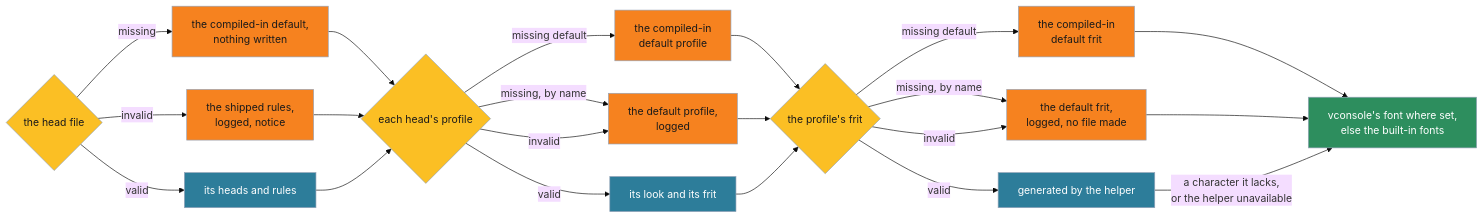
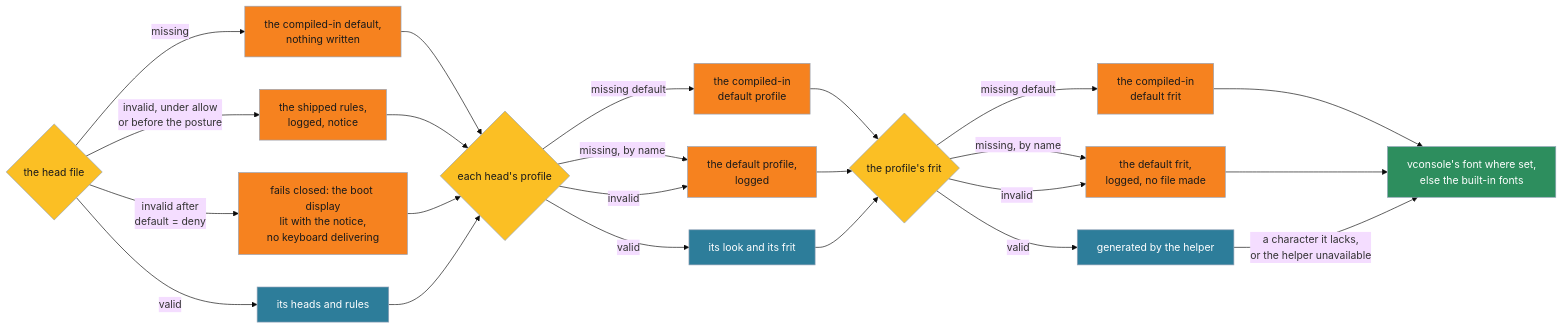
The third of 5 diagrams in docs/architecture/platform/ADR-1401-heads-a-terminal-per-physical-display-placed-by-a-first-match-ruleset.md (vtium/vtium), drawn with Mermaid (base theme) before and after one commit. The commit also changed other lines of this file and 1 other file, not shown here.

````diff
--- a/docs/architecture/platform/ADR-1401-heads-a-terminal-per-physical-display-placed-by-a-first-match-ruleset.md
+++ b/docs/architecture/platform/ADR-1401-heads-a-terminal-per-physical-display-placed-by-a-first-match-ruleset.md
@@ -497,31 +539,33 @@
 ```mermaid
 flowchart LR
     HF{"the head file"} -->|"missing"| HFI["the compiled-in default,<br>nothing written"]
-    HF -->|"invalid"| HFS["the shipped rules,<br>logged, notice"]
+    HF -->|"invalid, under allow<br>or before the posture"| HFS["the shipped rules,<br>logged, notice"]
+    HF -->|"invalid after<br>default = deny"| HFC["fails closed: the boot display<br>lit with the notice,<br>no keyboard delivering"]
     HF -->|"valid"| HFV["its heads and rules"]
     HFI --> PR
     HFS --> PR
+    HFC --> PR
     HFV --> PR{"each head's profile"}
     PR -->|"missing default"| PRI["the compiled-in<br>default profile"]
     PR -->|"missing, by name"| PRD["the default profile,<br>logged"]
     PR -->|"invalid"| PRD
     PR -->|"valid"| PRV["its look and its frit"]
     PRI --> FR
     PRD --> FR
     PRV --> FR{"the profile's frit"}
     FR -->|"missing default"| FRI["the compiled-in<br>default frit"]
     FR -->|"missing, by name"| FRD["the default frit,<br>logged, no file made"]
     FR -->|"invalid"| FRD
     FR -->|"valid"| FRV["generated by the helper"]
     FRI --> BI
     FRD --> BI["vconsole's font where set,<br>else the built-in fonts"]
     FRV -->|"a character it lacks,<br>or the helper unavailable"| BI
     classDef check fill:#fbbf24,color:#1a1a1a,stroke:#94a3b8
     classDef step fill:#2d7d9a,color:#ffffff,stroke:#94a3b8
     classDef fall fill:#f6821f,color:#1a1a1a,stroke:#94a3b8
     classDef done fill:#2d8e5e,color:#ffffff,stroke:#94a3b8
     class HF,PR,FR check
     class HFV,PRV,FRV step
-    class HFI,HFS,PRI,PRD,FRI,FRD fall
+    class HFI,HFS,HFC,PRI,PRD,FRI,FRD fall
     class BI done
 ```
````
